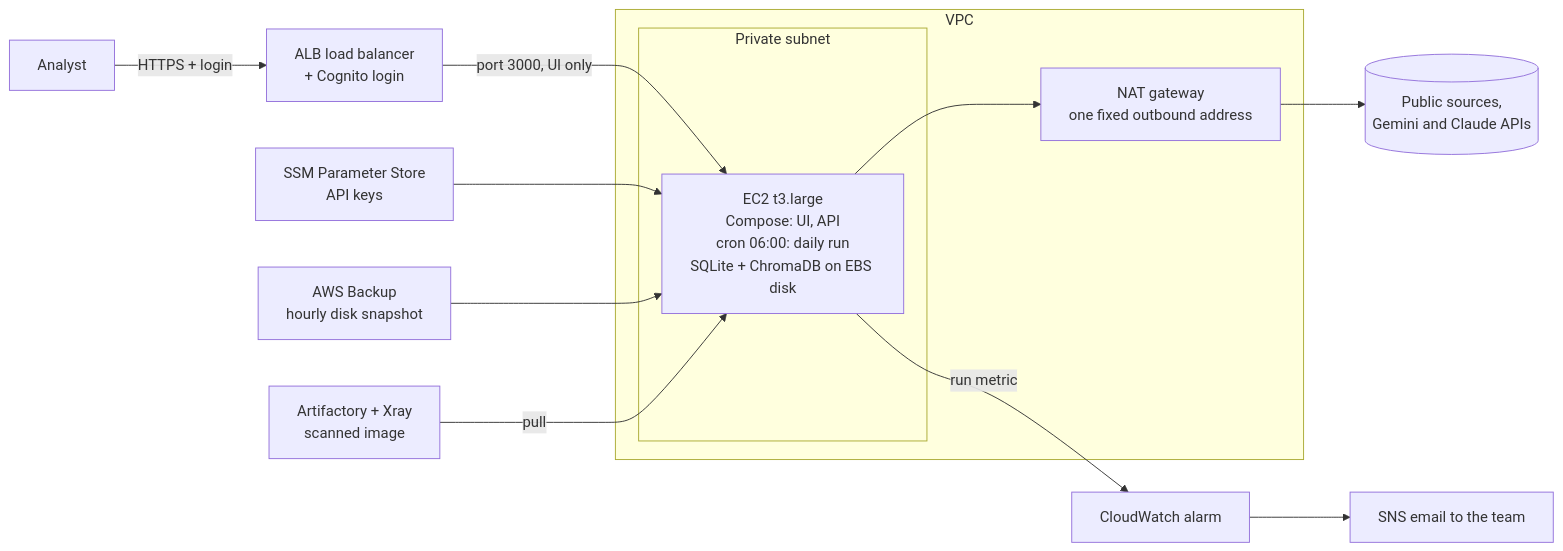
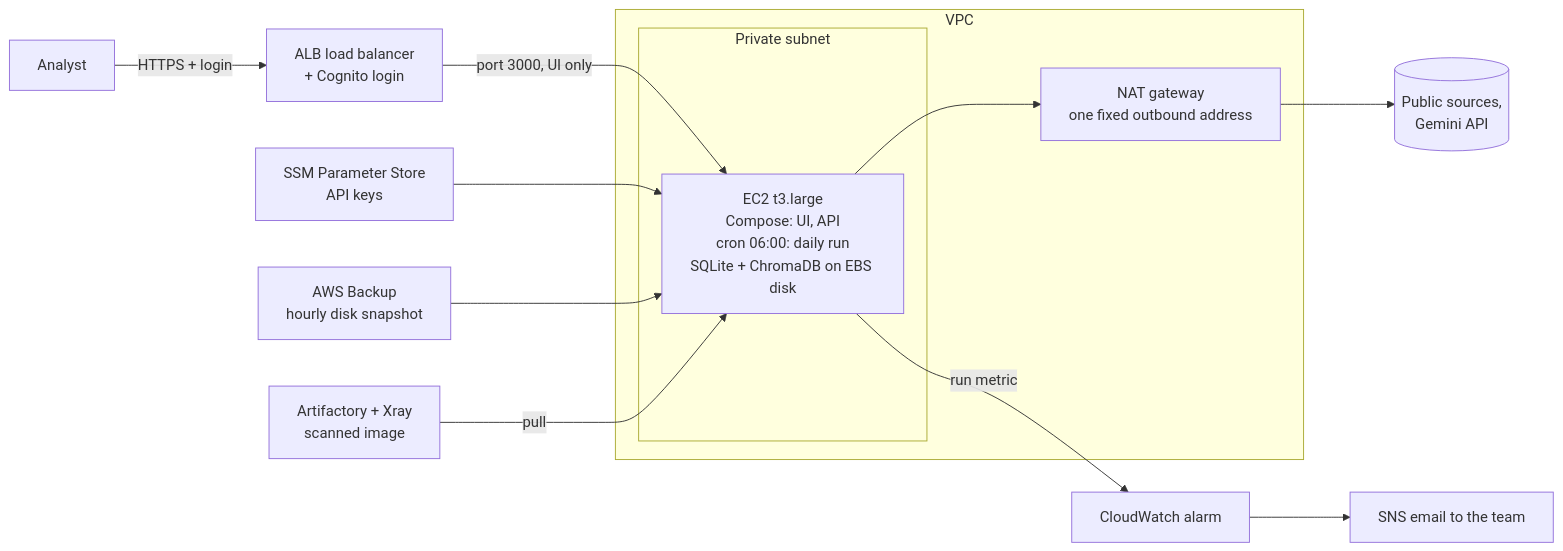
One commit to Caspiofri/jfrog_ci_system changed the second of 5 diagrams in docs/ARCHITECTURE.md. Above: the diagram before and after it, drawn with Mermaid. The commit also changed 1 other file, not shown here.

Commit message:
[Update] docs: video entry lists its live actions, diagram names Gemini only
- DECISIONS: the video entry names the flag, score edit, approval and dismissal (D129)
- ARCHITECTURE: the egress box says Gemini API; ci/ does not call Claude

````diff
--- a/docs/ARCHITECTURE.md
+++ b/docs/ARCHITECTURE.md
@@ -156,16 +156,16 @@
 ```mermaid
 flowchart LR
   A[Analyst] -->|HTTPS + login| ALB[ALB load balancer<br/>+ Cognito login]
   subgraph VPC
     subgraph Private subnet
       EC2[EC2 t3.large<br/>Compose: UI, API<br/>cron 06:00: daily run<br/>SQLite + ChromaDB on EBS disk]
     end
     NAT[NAT gateway<br/>one fixed outbound address]
   end
   ALB -->|port 3000, UI only| EC2
-  EC2 --> NAT --> WEB[(Public sources,<br/>Gemini and Claude APIs)]
+  EC2 --> NAT --> WEB[(Public sources,<br/>Gemini API)]
   PS[SSM Parameter Store<br/>API keys] --> EC2
   BK[AWS Backup<br/>hourly disk snapshot] --> EC2
   EC2 -->|run metric| CW[CloudWatch alarm] --> SNS[SNS email to the team]
   AF[Artifactory + Xray<br/>scanned image] -->|pull| EC2
 ```
````
